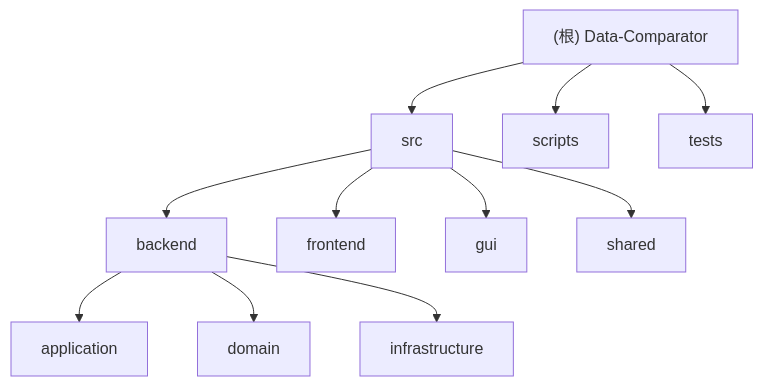
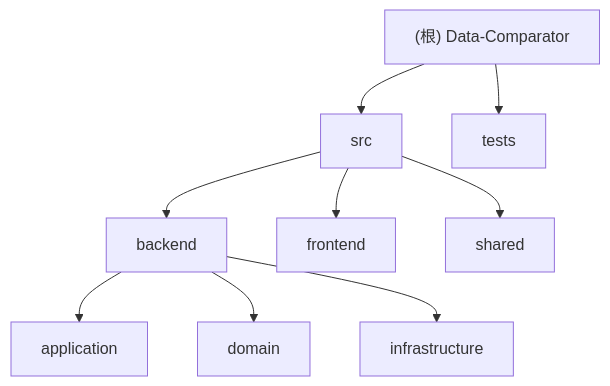
One commit to decade6666/Data-Comparator changed the diagram in CLAUDE.md. Above: the diagram before and after it, drawn with Mermaid. The commit also changed other lines of this file and 64 other files, not shown here.

````diff
--- a/CLAUDE.md
+++ b/CLAUDE.md
@@ -22,24 +20,20 @@
 ```mermaid
 graph TD
     A["(根) Data-Comparator"] --> SRC["src"];
     SRC --> BACKEND["backend"];
     BACKEND --> APP["application"];
     BACKEND --> DOMAIN["domain"];
     BACKEND --> INFRA["infrastructure"];
     SRC --> FRONTEND["frontend"];
-    SRC --> GUI["gui"];
     SRC --> SHARED["shared"];
-    A --> SCRIPTS["scripts"];
     A --> TESTS["tests"];
 
     click SRC "./src/CLAUDE.md" "查看 src 模块文档"
     click BACKEND "./src/backend/CLAUDE.md" "查看 backend 模块文档"
     click APP "./src/backend/application/CLAUDE.md" "查看 application 模块文档"
     click DOMAIN "./src/backend/domain/CLAUDE.md" "查看 domain 模块文档"
     click INFRA "./src/backend/infrastructure/CLAUDE.md" "查看 infrastructure 模块文档"
     click FRONTEND "./src/frontend/CLAUDE.md" "查看 frontend 模块文档"
-    click GUI "./src/gui/CLAUDE.md" "查看 gui 模块文档"
     click SHARED "./src/shared/CLAUDE.md" "查看 shared 模块文档"
-    click SCRIPTS "./scripts/CLAUDE.md" "查看 scripts 模块文档"
     click TESTS "./tests/CLAUDE.md" "查看 tests 模块文档"
 ```
````
